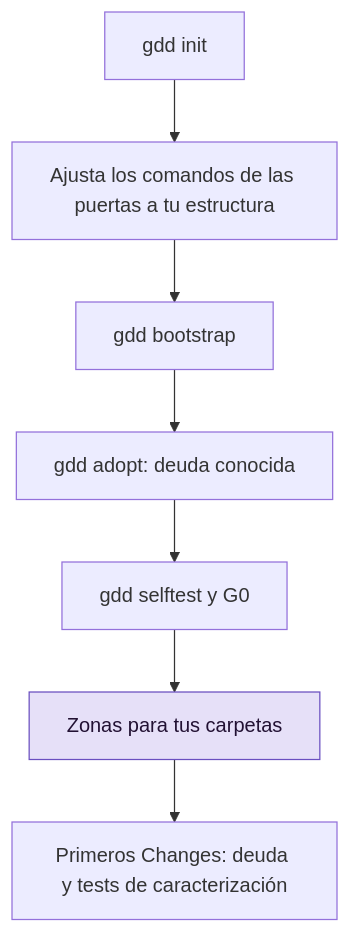
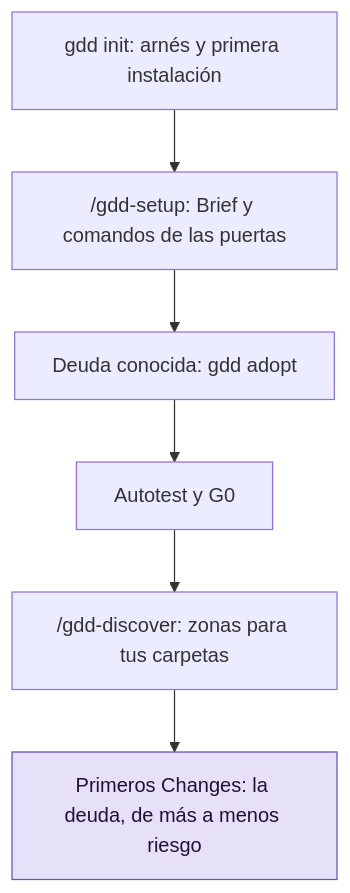
Before and after one commit to MarsGotta/gdd: the diagram in docs/es/how-to/adopt-existing-project.md, drawn with Mermaid. The commit also changed other lines of this file and 210 other files, not shown here.

````diff
--- a/docs/es/how-to/adopt-existing-project.md
+++ b/docs/es/how-to/adopt-existing-project.md
@@ -18,10 +19,9 @@
 ```mermaid
 flowchart TD
-    A[gdd init] --> B[Ajusta los comandos de las puertas a tu estructura]
-    B --> C[gdd bootstrap]
-    C --> D[gdd adopt: deuda conocida]
-    D --> E[gdd selftest y G0]
-    E --> F[Zonas para tus carpetas]:::human
-    F --> G["Primeros Changes: deuda y tests de caracterización"]
+    A[gdd init: arnés y primera instalación] --> B["/gdd-setup: Brief y comandos de las puertas"]
+    B --> C[Deuda conocida: gdd adopt]
+    C --> D[Autotest y G0]
+    D --> E["/gdd-discover: zonas para tus carpetas"]
+    E --> F["Primeros Changes: la deuda, de más a menos riesgo"]:::human
     classDef human fill:#e6e0f8,stroke:#6a4fc0,color:#213
 ```
````
